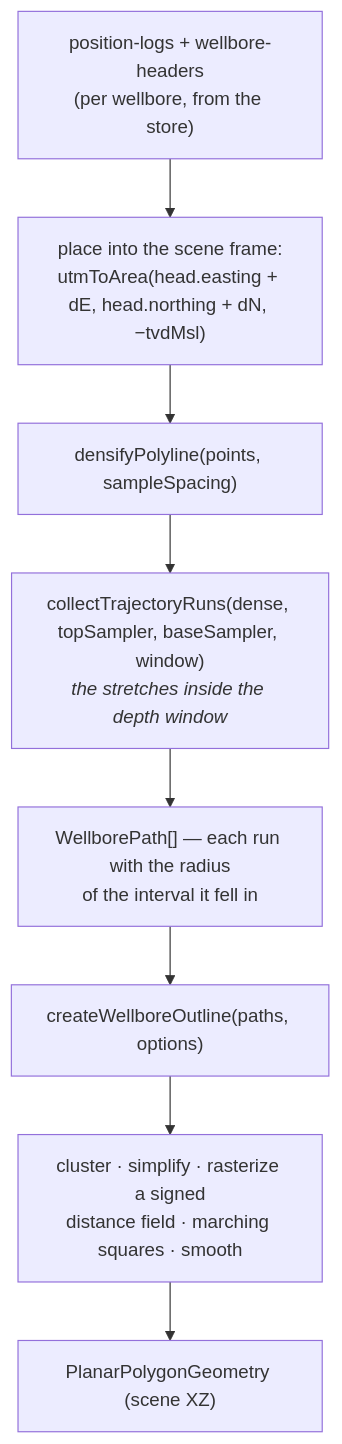
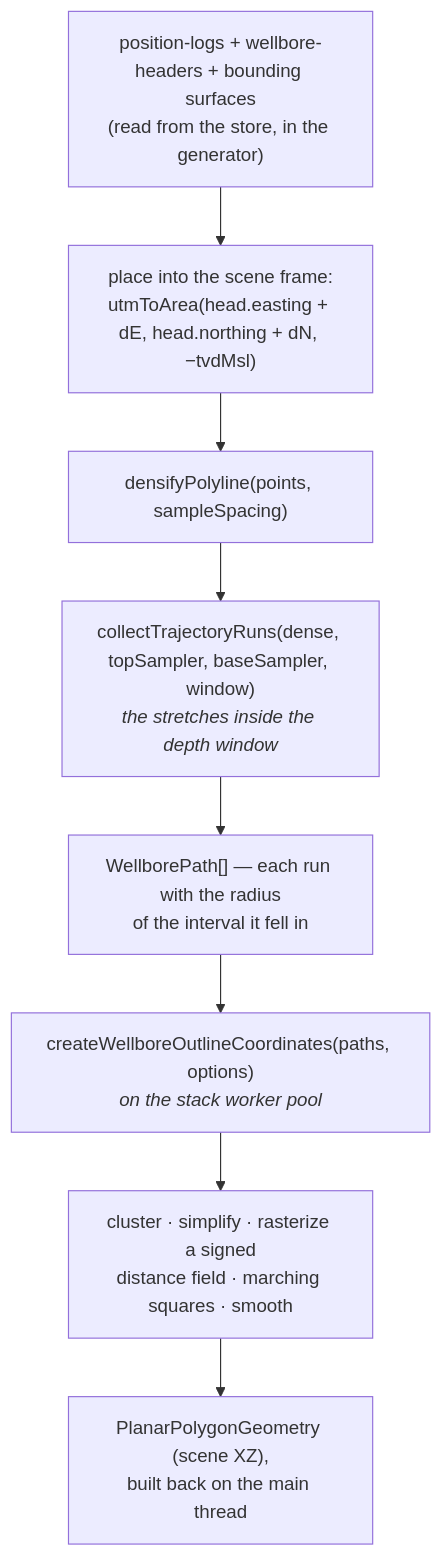
One commit to equinor/videx-3d changed the diagram in documents/chunk-stack/outlines.md. Above: the diagram before and after it, drawn with Mermaid. The commit also changed other lines of this file and 24 other files, not shown here.

Commit message:
feat(chunks): build wellbore outlines off the main thread via a generator and the stack worker pool

````diff
--- a/documents/chunk-stack/outlines.md
+++ b/documents/chunk-stack/outlines.md
@@ -71,10 +72,10 @@
 ```mermaid
 flowchart TD
-  A["position-logs + wellbore-headers<br/>(per wellbore, from the store)"] --> B["place into the scene frame:<br/>utmToArea(head.easting + dE, head.northing + dN, −tvdMsl)"]
+  A["position-logs + wellbore-headers + bounding surfaces<br/>(read from the store, in the generator)"] --> B["place into the scene frame:<br/>utmToArea(head.easting + dE, head.northing + dN, −tvdMsl)"]
   B --> C["densifyPolyline(points, sampleSpacing)"]
   C --> D["collectTrajectoryRuns(dense, topSampler, baseSampler, window)<br/><i>the stretches inside the depth window</i>"]
   D --> E["WellborePath[] — each run with the radius<br/>of the interval it fell in"]
-  E --> F["createWellboreOutline(paths, options)"]
+  E --> F["createWellboreOutlineCoordinates(paths, options)<br/><i>on the stack worker pool</i>"]
   F --> G["cluster · simplify · rasterize a signed<br/>distance field · marching squares · smooth"]
-  G --> H["PlanarPolygonGeometry (scene XZ)"]
+  G --> H["PlanarPolygonGeometry (scene XZ),<br/>built back on the main thread"]
 ```
````
